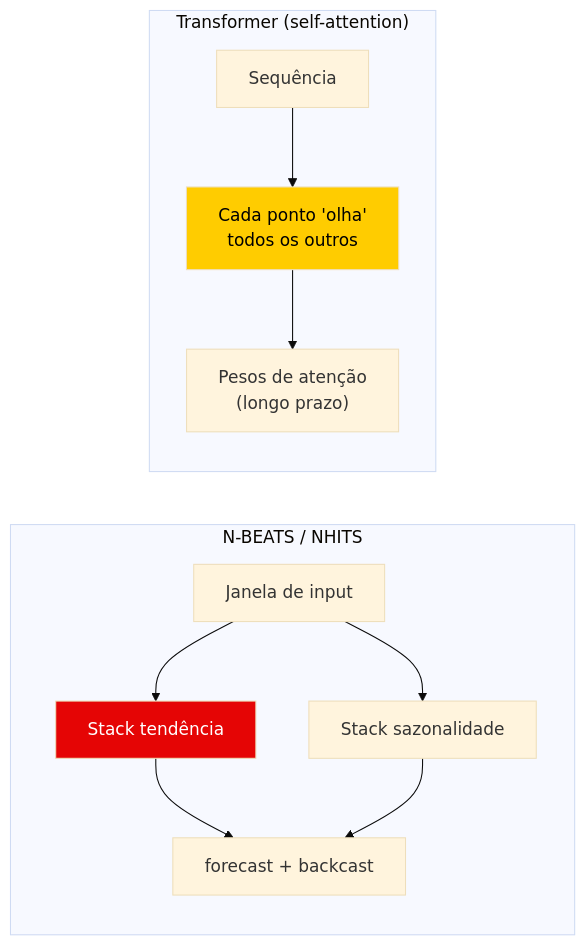
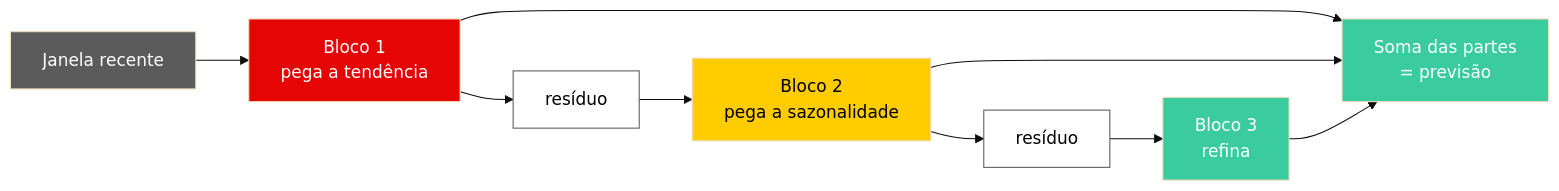
The fifth of 6 diagrams in labs/lab02-pipeline.qmd (padsInsper/202632-fa), drawn with Mermaid (base theme) before and after one commit. The commit also changed other lines of this file and 1 other file, not shown here.

````diff
--- a/labs/lab02-pipeline.qmd
+++ b/labs/lab02-pipeline.qmd
@@ -880,15 +858,18 @@
 ```{mermaid}
 flowchart LR
-    subgraph NBEATS["N-BEATS / NHITS"]
-        I1["Janela de input"] --> S1["Stack tendência"]
-        I1 --> S2["Stack sazonalidade"]
-        S1 --> O1["forecast + backcast"]
-        S2 --> O1
-    end
-    subgraph TR["Transformer (self-attention)"]
-        I2["Sequência"] --> AT["Cada ponto 'olha'<br/>todos os outros"]
-        AT --> O2["Pesos de atenção<br/>(longo prazo)"]
-    end
-    style S1 fill:#E50505,color:#fff
-    style AT fill:#FFCC00,color:#000
+    I["Janela recente"] --> B1["Bloco 1<br/>pega a tendência"]
+    B1 --> R1["resíduo"]
+    R1 --> B2["Bloco 2<br/>pega a sazonalidade"]
+    B2 --> R2["resíduo"]
+    R2 --> B3["Bloco 3<br/>refina"]
+    B1 --> S["Soma das partes<br/>= previsão"]
+    B2 --> S
+    B3 --> S
+    style I fill:#5B5B5B,color:#fff
+    style B1 fill:#E50505,color:#fff
+    style B2 fill:#FFCC00,color:#000
+    style B3 fill:#3ACC9F,color:#fff
+    style S fill:#3ACC9F,color:#fff
+    style R1 fill:#ffffff,color:#000,stroke:#5B5B5B
+    style R2 fill:#ffffff,color:#000,stroke:#5B5B5B
 ```
````
